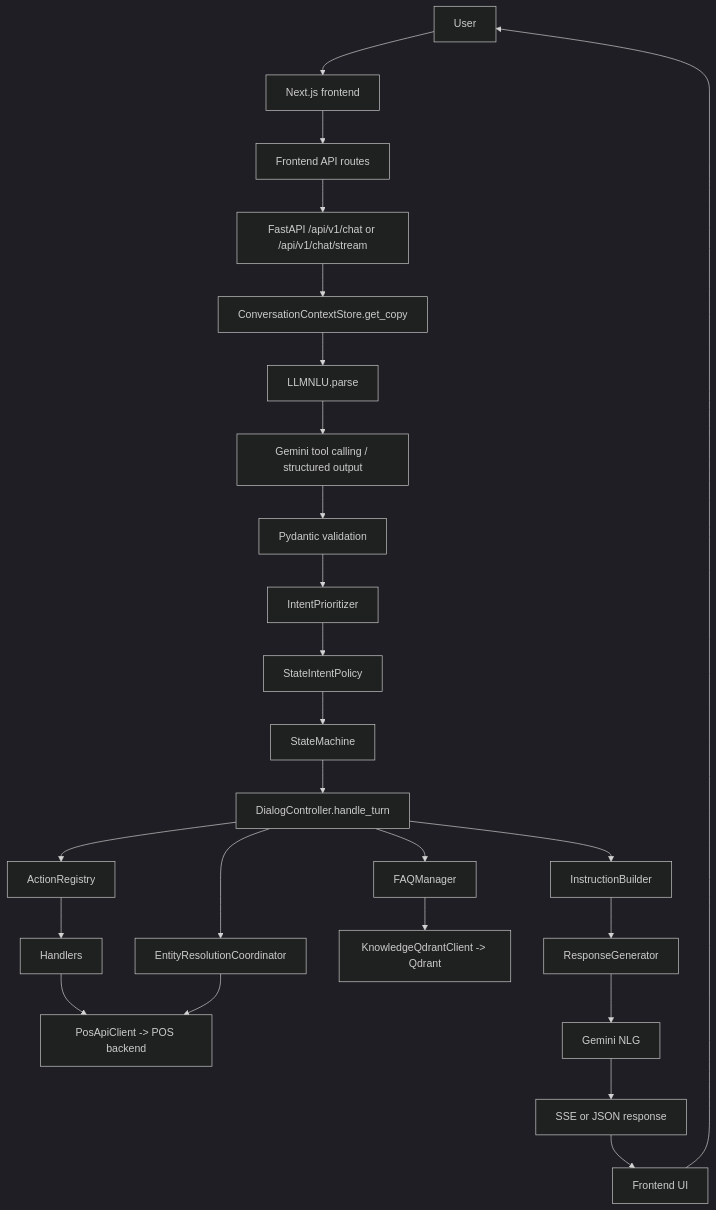
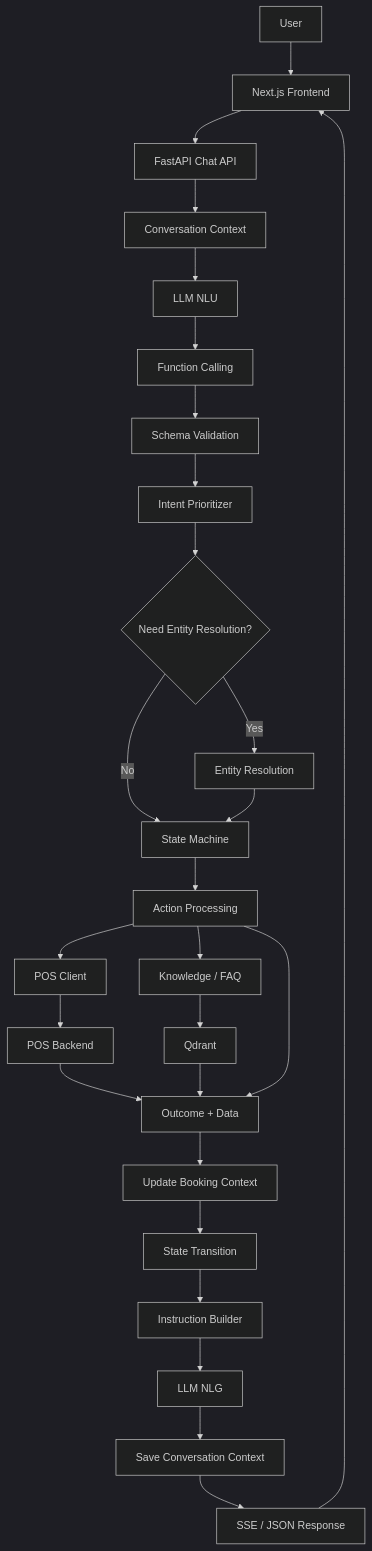
One commit to duy-debug/booking-AI-system changed the diagram in booking-ai-chatbot/README.md. Above: the diagram before and after it, drawn with Mermaid (dark theme). The commit also changed other lines of this file, not shown here.

Commit message:
feat: update README to reflect new chatbot architecture and flow for booking requests

````diff
--- a/booking-ai-chatbot/README.md
+++ b/booking-ai-chatbot/README.md
@@ -24,27 +24,40 @@
 ```mermaid
 flowchart TD
-  U[User] --> FE[Next.js frontend]
-  FE --> FAPI[Frontend API routes]
-  FAPI --> BAPI[FastAPI /api/v1/chat or /api/v1/chat/stream]
-  BAPI --> CTX[ConversationContextStore.get_copy]
-  CTX --> NLU[LLMNLU.parse]
-  NLU --> FC[Gemini tool calling / structured output]
-  FC --> PV[Pydantic validation]
-  PV --> IP[IntentPrioritizer]
-  IP --> POL[StateIntentPolicy]
-  POL --> SM[StateMachine]
-  SM --> DC[DialogController.handle_turn]
-  DC --> AR[ActionRegistry]
-  AR --> H[Handlers]
-  H --> POS[PosApiClient -> POS backend]
-  DC --> ER[EntityResolutionCoordinator]
-  ER --> POS
-  DC --> FAQ[FAQManager]
-  FAQ --> QD[KnowledgeQdrantClient -> Qdrant]
-  DC --> IB[InstructionBuilder]
-  IB --> RG[ResponseGenerator]
-  RG --> LLMNLG[Gemini NLG]
-  LLMNLG --> SSE[SSE or JSON response]
-  SSE --> FE2[Frontend UI]
-  FE2 --> U
+  U[User] --> FE[Next.js Frontend]
+  FE --> API[FastAPI Chat API]
+
+  API --> CTX[Conversation Context]
+  CTX --> NLU[LLM NLU]
+
+  NLU --> FC[Function Calling]
+  FC --> VAL[Schema Validation]
+  VAL --> IP[Intent Prioritizer]
+
+  IP --> ER{Need Entity Resolution?}
+
+  ER -- Yes --> RES[Entity Resolution]
+  ER -- No --> SM[State Machine]
+  RES --> SM
+
+  SM --> ACTION[Action Processing]
+
+  ACTION --> POS[POS Client]
+  POS --> POSBE[POS Backend]
+
+  ACTION --> KB[Knowledge / FAQ]
+  KB --> QD[Qdrant]
+
+  POSBE --> RESULT[Outcome + Data]
+  QD --> RESULT
+  ACTION --> RESULT
+
+  RESULT --> CTXUP[Update Booking Context]
+  CTXUP --> TRANS[State Transition]
+
+  TRANS --> INST[Instruction Builder]
+  INST --> NLG[LLM NLG]
+
+  NLG --> SAVE[Save Conversation Context]
+  SAVE --> RESP[SSE / JSON Response]
+  RESP --> FE
 ```
````
